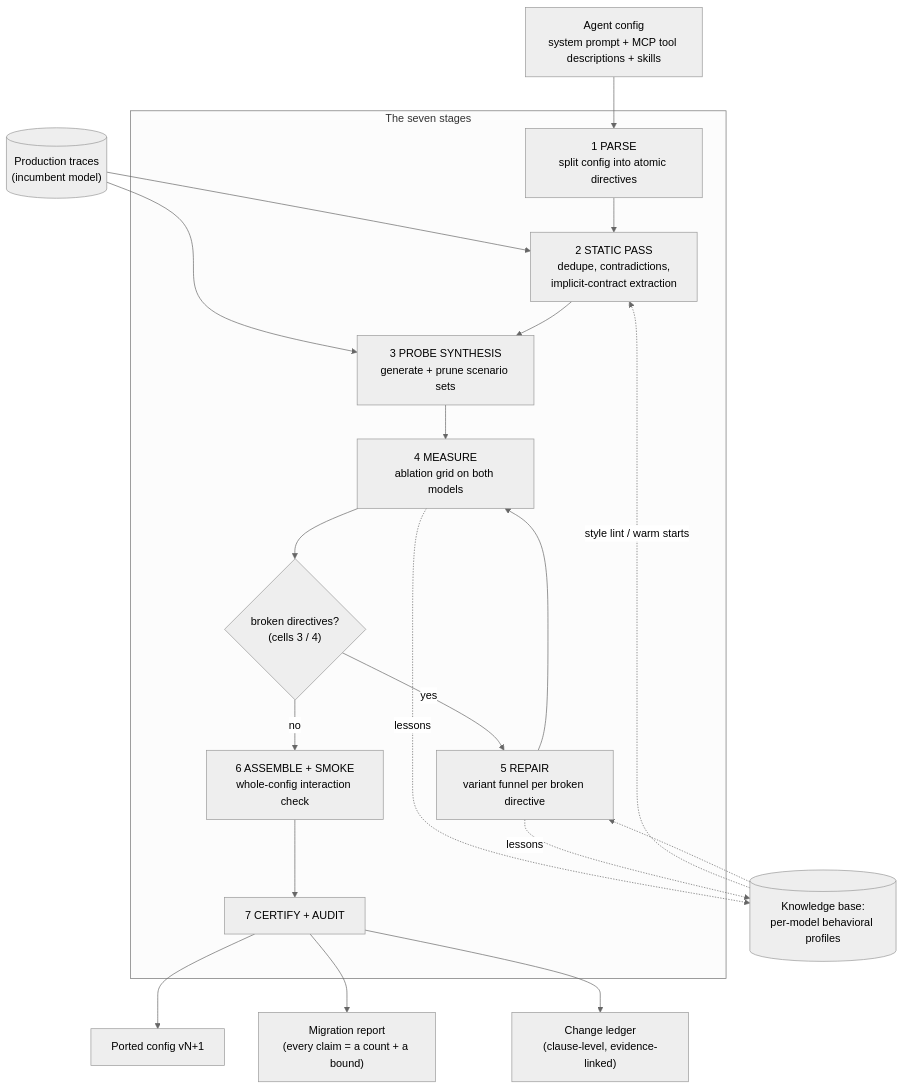
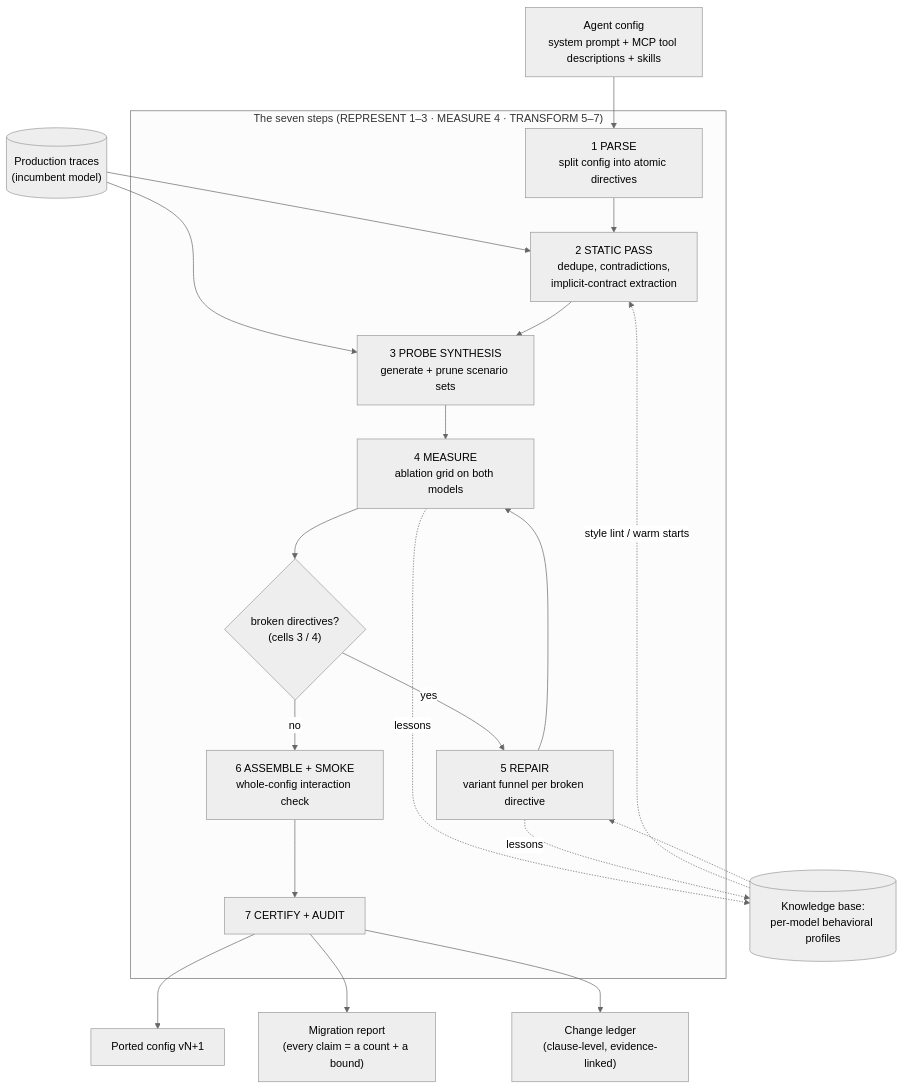
Before and after one commit to internet-zero/hypergeometric-ai: the second of 9 diagrams in DESIGN.md, drawn with Mermaid (neutral theme). The commit also changed other lines of this file, not shown here.

Commit message:
Add three-phase architecture view; seven stages become steps within phases

````diff
--- a/DESIGN.md
+++ b/DESIGN.md
@@ -69,26 +105,26 @@
 ```mermaid
 flowchart TD
     A["Agent config<br/>system prompt + MCP tool descriptions + skills"] --> S1
     TR[("Production traces<br/>(incumbent model)")] --> S2
     TR --> S3
 
-    subgraph PIPELINE["The seven stages"]
+    subgraph PIPELINE["The seven steps (REPRESENT 1–3 · MEASURE 4 · TRANSFORM 5–7)"]
         S1["1 PARSE<br/>split config into atomic directives"] --> S2["2 STATIC PASS<br/>dedupe, contradictions,<br/>implicit-contract extraction"]
         S2 --> S3["3 PROBE SYNTHESIS<br/>generate + prune scenario sets"]
         S3 --> S4["4 MEASURE<br/>ablation grid on both models"]
         S4 --> D{"broken directives?<br/>(cells 3 / 4)"}
         D -- yes --> S5["5 REPAIR<br/>variant funnel per broken directive"]
         S5 --> S4
         D -- no --> S6["6 ASSEMBLE + SMOKE<br/>whole-config interaction check"]
         S6 --> S7["7 CERTIFY + AUDIT"]
     end
 
     S7 --> O1["Ported config vN+1"]
     S7 --> O2["Migration report<br/>(every claim = a count + a bound)"]
     S7 --> O3["Change ledger<br/>(clause-level, evidence-linked)"]
 
     S4 -.lessons.-> KB[("Knowledge base:<br/>per-model behavioral profiles")]
     S5 -.lessons.-> KB
     KB -.style lint / warm starts.-> S2
     KB -.-> S5
 ```
````
